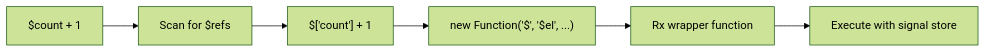
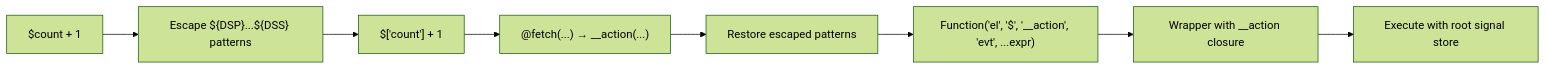
One commit to ewe-studios/explorations changed the diagram in src.datastar/datastar/markdown/03-expression-compiler.md. Above: the diagram before and after it, drawn with Mermaid (forest theme). The commit also changed other lines of this file and 8 other files, not shown here.

````diff
--- a/src.datastar/datastar/markdown/03-expression-compiler.md
+++ b/src.datastar/datastar/markdown/03-expression-compiler.md
@@ -107,8 +144,10 @@
 ```mermaid
 flowchart LR
-    RAW["$count + 1"] --> SCAN["Scan for $refs"]
-    SCAN --> REWRITE["$['count'] + 1"]
-    REWRITE --> WRAP["new Function('$', '$el', ...)"]
-    WRAP --> RX["Rx wrapper function"]
-    RX --> EXEC["Execute with signal store"]
+    RAW["$count + 1"] --> ESCAPE["Escape ${DSP}...${DSS} patterns"]
+    ESCAPE --> REWRITE["$['count'] + 1"]
+    REWRITE --> ACTIONS["@fetch(...) → __action(...)" ]
+    ACTIONS --> UNESCAPE["Restore escaped patterns"]
+    UNESCAPE --> WRAP["Function('el', '$', '__action', 'evt', ...expr)"]
+    WRAP --> RX["Wrapper with __action closure"]
+    RX --> EXEC["Execute with root signal store"]
 ```
````
